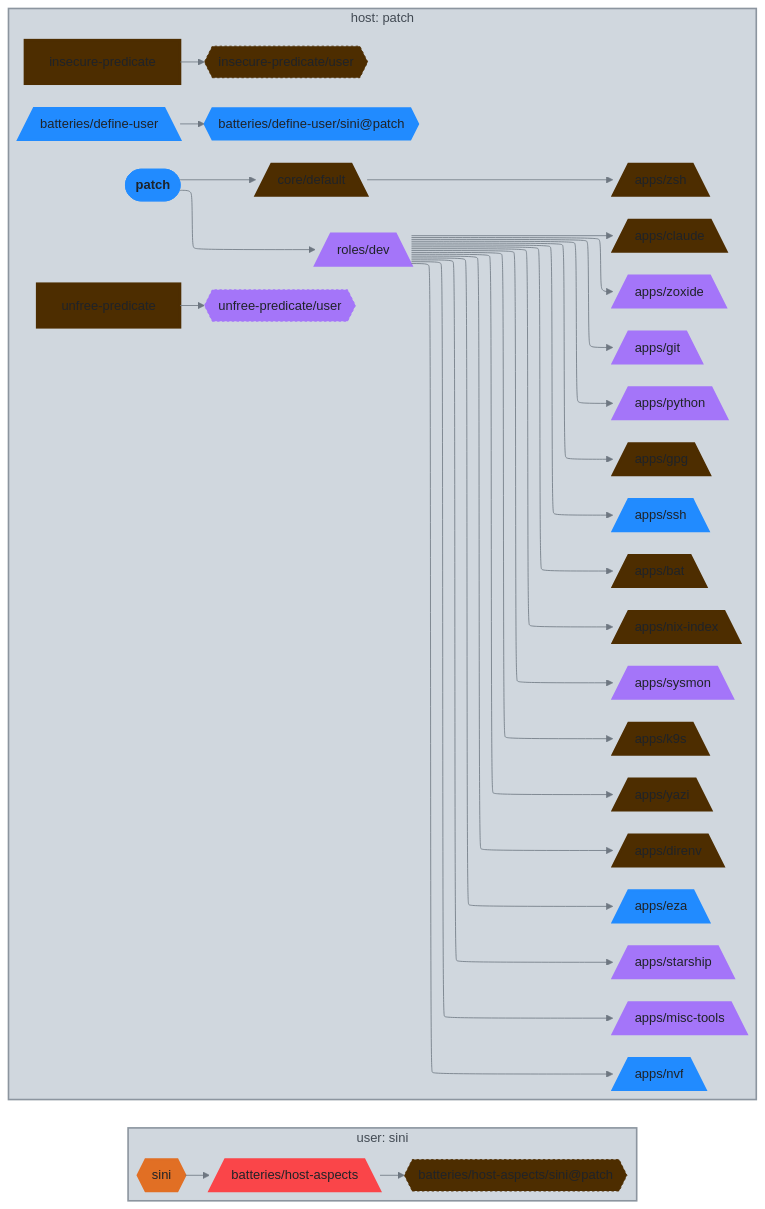
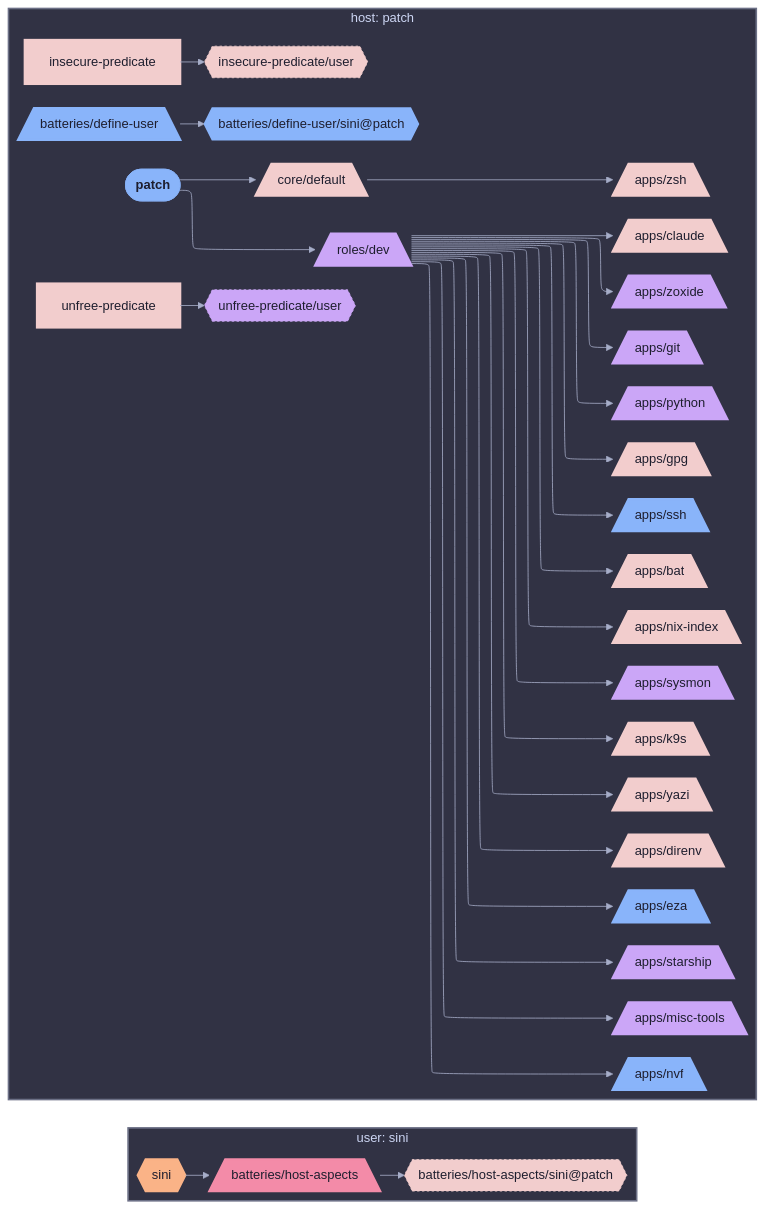
Before and after one commit to sini/nix-config: the diagram in diagrams/hosts/patch/class-homeManager.md, drawn with Mermaid. The commit also changed 142 other files, not shown here.

First line of the commit message:
feat(diagrams): use projectScope for per-host/user views

````diff
--- a/diagrams/hosts/patch/class-homeManager.md
+++ b/diagrams/hosts/patch/class-homeManager.md
@@ -5,5 +5,5 @@
 ```mermaid
-%%{init: {"elk":{"mergeEdges":true,"nodePlacementStrategy":"BRANDES_KOEPF"},"flowchart":{"wrappingWidth":600},"layout":"elk","theme":"base","themeVariables":{"activationBkgColor":"#d0d7de","activationBorderColor":"#8c959f","actorBkg":"#d0d7de","actorBorder":"#6e7781","actorLineColor":"#6e7781","actorTextColor":"#424a53","background":"#eaeef2","classText":"#424a53","clusterBkg":"#d0d7de","clusterBorder":"#8c959f","edgeLabelBackground":"#eaeef2","labelBoxBkgColor":"#d0d7de","labelBoxBorderColor":"#6e7781","labelTextColor":"#424a53","lineColor":"#6e7781","loopTextColor":"#424a53","mainBkg":"#d0d7de","nodeBkg":"#d0d7de","nodeBorder":"#6e7781","nodeTextColor":"#424a53","noteBkgColor":"#d0d7de","noteBorderColor":"#8c959f","noteTextColor":"#424a53","pie1":"#fa4549","pie2":"#e16f24","pie3":"#bf8700","pie4":"#2da44e","pie5":"#339D9B","pie6":"#218bff","pie7":"#a475f9","pie8":"#4d2d00","pieLegendTextColor":"#424a53","pieOuterStrokeColor":"#8c959f","pieSectionTextColor":"#424a53","pieStrokeColor":"#8c959f","pieTitleTextColor":"#424a53","primaryBorderColor":"#6e7781","primaryColor":"#d0d7de","primaryTextColor":"#424a53","secondBkg":"#d0d7de","secondaryBorderColor":"#8c959f","secondaryColor":"#d0d7de","secondaryTextColor":"#424a53","sequenceNumberColor":"#eaeef2","signalColor":"#6e7781","signalTextColor":"#424a53","tertiaryBorderColor":"#8c959f","tertiaryColor":"#d0d7de","tertiaryTextColor":"#424a53","textColor":"#424a53","titleColor":"#424a53"}}}%%
+%%{init: {"elk":{"mergeEdges":true,"nodePlacementStrategy":"BRANDES_KOEPF"},"flowchart":{"wrappingWidth":600},"layout":"elk","theme":"base","themeVariables":{"activationBkgColor":"#313244","activationBorderColor":"#6c7086","actorBkg":"#313244","actorBorder":"#a6adc8","actorLineColor":"#a6adc8","actorTextColor":"#cdd6f4","background":"#1e1e2e","classText":"#cdd6f4","clusterBkg":"#313244","clusterBorder":"#6c7086","edgeLabelBackground":"#1e1e2e","labelBoxBkgColor":"#313244","labelBoxBorderColor":"#a6adc8","labelTextColor":"#cdd6f4","lineColor":"#a6adc8","loopTextColor":"#cdd6f4","mainBkg":"#313244","nodeBkg":"#313244","nodeBorder":"#a6adc8","nodeTextColor":"#cdd6f4","noteBkgColor":"#313244","noteBorderColor":"#6c7086","noteTextColor":"#cdd6f4","pie1":"#f38ba8","pie2":"#fab387","pie3":"#f9e2af","pie4":"#a6e3a1","pie5":"#94e2d5","pie6":"#89b4fa","pie7":"#cba6f7","pie8":"#f2cdcd","pieLegendTextColor":"#cdd6f4","pieOuterStrokeColor":"#6c7086","pieSectionTextColor":"#cdd6f4","pieStrokeColor":"#6c7086","pieTitleTextColor":"#cdd6f4","primaryBorderColor":"#a6adc8","primaryColor":"#313244","primaryTextColor":"#cdd6f4","secondBkg":"#313244","secondaryBorderColor":"#6c7086","secondaryColor":"#313244","secondaryTextColor":"#cdd6f4","sequenceNumberColor":"#1e1e2e","signalColor":"#a6adc8","signalTextColor":"#cdd6f4","tertiaryBorderColor":"#6c7086","tertiaryColor":"#313244","tertiaryTextColor":"#cdd6f4","textColor":"#cdd6f4","titleColor":"#cdd6f4"}}}%%
 graph LR
   patch([patch]):::root
 
@@ -65,39 +65,39 @@
   end
 
 
-  classDef root fill:#218bff,stroke:#218bff,color:#1f2328,font-weight:bold
-  classDef apps_c fill:#2da44e,stroke:#2da44e,color:#1f2328,stroke-dasharray: 3 3,stroke-width:1px
-  classDef apps__bat_c fill:#4d2d00,stroke:#4d2d00,color:#1f2328,stroke-width:3px
-  classDef apps__claude_c fill:#4d2d00,stroke:#4d2d00,color:#1f2328,stroke-width:3px
-  classDef core_c fill:#bf8700,stroke:#bf8700,color:#1f2328,stroke-dasharray: 3 3,stroke-width:1px
-  classDef core__default_c fill:#4d2d00,stroke:#4d2d00,color:#1f2328,stroke-width:3px
-  classDef den__batteries__define_user_c fill:#218bff,stroke:#218bff,color:#1f2328,stroke-width:3px
-  classDef den__batteries__define_user__sini_patch_c fill:#218bff,stroke:#218bff,color:#1f2328,stroke-width:2px
-  classDef roles__dev_c fill:#a475f9,stroke:#a475f9,color:#1f2328,stroke-width:3px
-  classDef apps__direnv_c fill:#4d2d00,stroke:#4d2d00,color:#1f2328,stroke-width:3px
-  classDef apps__eza_c fill:#218bff,stroke:#218bff,color:#1f2328,stroke-width:3px
-  classDef apps__git_c fill:#a475f9,stroke:#a475f9,color:#1f2328,stroke-width:3px
-  classDef apps__gpg_c fill:#4d2d00,stroke:#4d2d00,color:#1f2328,stroke-width:3px
-  classDef den__batteries__host_aspects_c fill:#fa4549,stroke:#fa4549,color:#1f2328,stroke-width:3px
-  classDef den__batteries__host_aspects__sini_patch_c fill:#4d2d00,stroke:#4d2d00,color:#1f2328,stroke-dasharray: 3 3,stroke-width:1px
-  classDef insecure_predicate_c fill:#4d2d00,stroke:#4d2d00,color:#1f2328,stroke-width:3px
-  classDef insecure_predicate__user_c fill:#4d2d00,stroke:#4d2d00,color:#1f2328,stroke-dasharray: 3 3,stroke-width:1px
-  classDef apps__k9s_c fill:#4d2d00,stroke:#4d2d00,color:#1f2328,stroke-width:3px
-  classDef apps__misc_tools_c fill:#a475f9,stroke:#a475f9,color:#1f2328,stroke-width:3px
-  classDef apps__nix_index_c fill:#4d2d00,stroke:#4d2d00,color:#1f2328,stroke-width:3px
-  classDef apps__nvf_c fill:#218bff,stroke:#218bff,color:#1f2328,stroke-width:3px
-  classDef patch_c fill:#218bff,stroke:#218bff,color:#1f2328,stroke-width:3px
-  classDef apps__python_c fill:#a475f9,stroke:#a475f9,color:#1f2328,stroke-width:3px
-  classDef roles_c fill:#2da44e,stroke:#2da44e,color:#1f2328,stroke-dasharray: 3 3,stroke-width:1px
-  classDef sini_c fill:#e16f24,stroke:#e16f24,color:#1f2328,stroke-width:3px
-  classDef apps__ssh_c fill:#218bff,stroke:#218bff,color:#1f2328,stroke-width:3px
-  classDef apps__starship_c fill:#a475f9,stroke:#a475f9,color:#1f2328,stroke-width:3px
-  classDef apps__sysmon_c fill:#a475f9,stroke:#a475f9,color:#1f2328,stroke-width:3px
-  classDef unfree_predicate_c fill:#4d2d00,stroke:#4d2d00,color:#1f2328,stroke-width:3px
-  classDef unfree_predicate__user_c fill:#a475f9,stroke:#a475f9,color:#1f2328,stroke-dasharray: 3 3,stroke-width:1px
-  classDef apps__yazi_c fill:#4d2d00,stroke:#4d2d00,color:#1f2328,stroke-width:3px
-  classDef apps__zoxide_c fill:#a475f9,stroke:#a475f9,color:#1f2328,stroke-width:3px
-  classDef apps__zsh_c fill:#4d2d00,stroke:#4d2d00,color:#1f2328,stroke-width:3px
-style ctx_user_sini fill:#d0d7de,stroke:#8c959f,stroke-width:2px
-style ctx_host_patch fill:#d0d7de,stroke:#8c959f,stroke-width:2px
+  classDef root fill:#89b4fa,stroke:#89b4fa,color:#1e1e2e,font-weight:bold
+  classDef apps_c fill:#a6e3a1,stroke:#a6e3a1,color:#1e1e2e,stroke-dasharray: 3 3,stroke-width:1px
+  classDef apps__bat_c fill:#f2cdcd,stroke:#f2cdcd,color:#1e1e2e,stroke-width:3px
+  classDef apps__claude_c fill:#f2cdcd,stroke:#f2cdcd,color:#1e1e2e,stroke-width:3px
+  classDef core_c fill:#f9e2af,stroke:#f9e2af,color:#1e1e2e,stroke-dasharray: 3 3,stroke-width:1px
+  classDef core__default_c fill:#f2cdcd,stroke:#f2cdcd,color:#1e1e2e,stroke-width:3px
+  classDef den__batteries__define_user_c fill:#89b4fa,stroke:#89b4fa,color:#1e1e2e,stroke-width:3px
+  classDef den__batteries__define_user__sini_patch_c fill:#89b4fa,stroke:#89b4fa,color:#1e1e2e,stroke-width:2px
+  classDef roles__dev_c fill:#cba6f7,stroke:#cba6f7,color:#1e1e2e,stroke-width:3px
+  classDef apps__direnv_c fill:#f2cdcd,stroke:#f2cdcd,color:#1e1e2e,stroke-width:3px
+  classDef apps__eza_c fill:#89b4fa,stroke:#89b4fa,color:#1e1e2e,stroke-width:3px
+  classDef apps__git_c fill:#cba6f7,stroke:#cba6f7,color:#1e1e2e,stroke-width:3px
+  classDef apps__gpg_c fill:#f2cdcd,stroke:#f2cdcd,color:#1e1e2e,stroke-width:3px
+  classDef den__batteries__host_aspects_c fill:#f38ba8,stroke:#f38ba8,color:#1e1e2e,stroke-width:3px
+  classDef den__batteries__host_aspects__sini_patch_c fill:#f2cdcd,stroke:#f2cdcd,color:#1e1e2e,stroke-dasharray: 3 3,stroke-width:1px
+  classDef insecure_predicate_c fill:#f2cdcd,stroke:#f2cdcd,color:#1e1e2e,stroke-width:3px
+  classDef insecure_predicate__user_c fill:#f2cdcd,stroke:#f2cdcd,color:#1e1e2e,stroke-dasharray: 3 3,stroke-width:1px
+  classDef apps__k9s_c fill:#f2cdcd,stroke:#f2cdcd,color:#1e1e2e,stroke-width:3px
+  classDef apps__misc_tools_c fill:#cba6f7,stroke:#cba6f7,color:#1e1e2e,stroke-width:3px
+  classDef apps__nix_index_c fill:#f2cdcd,stroke:#f2cdcd,color:#1e1e2e,stroke-width:3px
+  classDef apps__nvf_c fill:#89b4fa,stroke:#89b4fa,color:#1e1e2e,stroke-width:3px
+  classDef patch_c fill:#89b4fa,stroke:#89b4fa,color:#1e1e2e,stroke-width:3px
+  classDef apps__python_c fill:#cba6f7,stroke:#cba6f7,color:#1e1e2e,stroke-width:3px
+  classDef roles_c fill:#a6e3a1,stroke:#a6e3a1,color:#1e1e2e,stroke-dasharray: 3 3,stroke-width:1px
+  classDef sini_c fill:#fab387,stroke:#fab387,color:#1e1e2e,stroke-width:3px
+  classDef apps__ssh_c fill:#89b4fa,stroke:#89b4fa,color:#1e1e2e,stroke-width:3px
+  classDef apps__starship_c fill:#cba6f7,stroke:#cba6f7,color:#1e1e2e,stroke-width:3px
+  classDef apps__sysmon_c fill:#cba6f7,stroke:#cba6f7,color:#1e1e2e,stroke-width:3px
+  classDef unfree_predicate_c fill:#f2cdcd,stroke:#f2cdcd,color:#1e1e2e,stroke-width:3px
+  classDef unfree_predicate__user_c fill:#cba6f7,stroke:#cba6f7,color:#1e1e2e,stroke-dasharray: 3 3,stroke-width:1px
+  classDef apps__yazi_c fill:#f2cdcd,stroke:#f2cdcd,color:#1e1e2e,stroke-width:3px
+  classDef apps__zoxide_c fill:#cba6f7,stroke:#cba6f7,color:#1e1e2e,stroke-width:3px
+  classDef apps__zsh_c fill:#f2cdcd,stroke:#f2cdcd,color:#1e1e2e,stroke-width:3px
+style ctx_user_sini fill:#313244,stroke:#6c7086,stroke-width:2px
+style ctx_host_patch fill:#313244,stroke:#6c7086,stroke-width:2px
 ```
````
